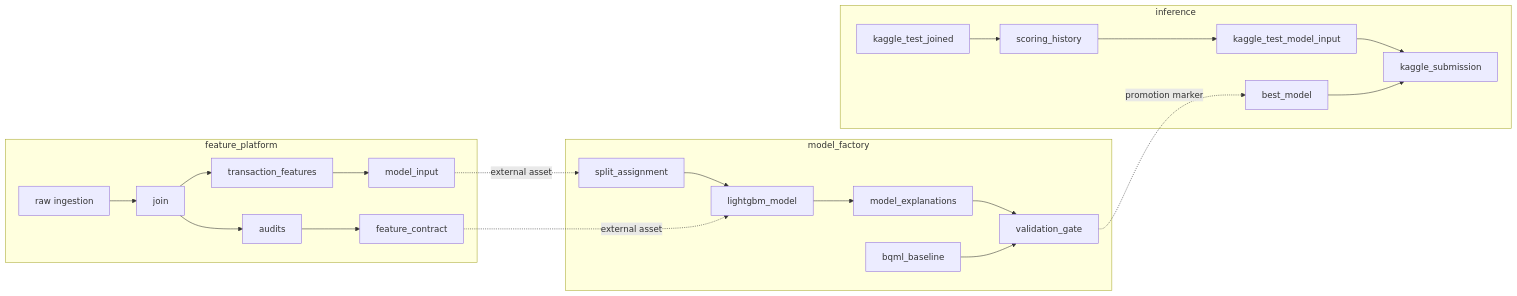
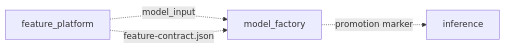
The diagram in docs/orchestration.md (jjabuk/fraud-detection-mlops), drawn with Mermaid before and after one commit. The commit also changed other lines of this file and 1 other file, not shown here.

Commit message:
docs: move the rendered asset graphs to the orchestration document
The three job graphs are exported from a running instance, so they belong with
the document that explains the layout rather than in the README, where they sat
above the section that would have made sense of them.

The three-location mermaid in orchestration.md shrinks to what the exports
cannot show: the two artefacts and the marker that cross between locations. The
per-location chains it used to draw by hand are now the exports themselves.

````diff
--- a/docs/orchestration.md
+++ b/docs/orchestration.md
@@ -11,18 +11,6 @@
 ```mermaid
 graph LR
-    subgraph FP["feature_platform"]
-        A1[raw ingestion] --> A2[join] --> A3[transaction_features] --> A4[model_input]
-        A2 --> A5[audits] --> A6[feature_contract]
-    end
-    subgraph MF["model_factory"]
-        B1[split_assignment] --> B2[lightgbm_model] --> B3[model_explanations] --> B4[validation_gate]
-        B5[bqml_baseline] --> B4
-    end
-    subgraph INF["inference"]
-        C1[kaggle_test_joined] --> C2[scoring_history] --> C3[kaggle_test_model_input] --> C4[kaggle_submission]
-        C5[best_model] --> C4
-    end
-    A4 -.->|external asset| B1
-    A6 -.->|external asset| B2
-    B4 -.->|promotion marker| C5
+    FP[feature_platform] -.->|model_input| MF[model_factory]
+    FP -.->|feature-contract.json| MF
+    MF -.->|promotion marker| INF[inference]
 ```
````
